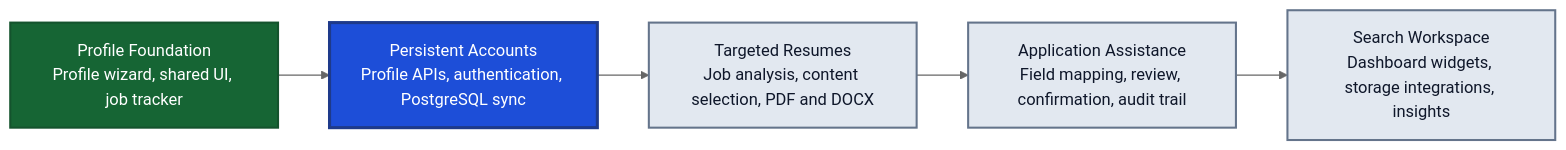
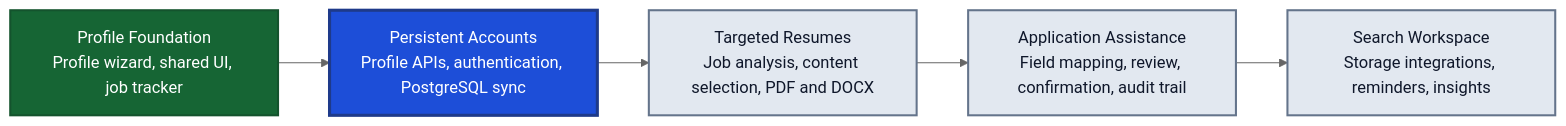
The diagram in README.md (tuckthomas/ApplyFill), drawn with Mermaid (neutral theme) before and after one commit. The commit also changed other lines of this file and 70 other files, not shown here.

````diff
--- a/README.md
+++ b/README.md
@@ -35,18 +35,18 @@
 ```mermaid
 flowchart LR
     foundation["Profile Foundation<br/>Profile wizard, shared UI, job tracker"]
     persistence["Persistent Accounts<br/>Profile APIs, authentication, PostgreSQL sync"]
     resumes["Targeted Resumes<br/>Job analysis, content selection, PDF and DOCX"]
     applications["Application Assistance<br/>Field mapping, review, confirmation, audit trail"]
-    ecosystem["Search Workspace<br/>Dashboard widgets, storage integrations, insights"]
+    ecosystem["Search Workspace<br/>Storage integrations, reminders, insights"]
 
     foundation --> persistence --> resumes --> applications --> ecosystem
 
     classDef complete fill:#166534,stroke:#14532d,color:#ffffff,stroke-width:2px
     classDef next fill:#1d4ed8,stroke:#1e3a8a,color:#ffffff,stroke-width:3px
     classDef planned fill:#e2e8f0,stroke:#64748b,color:#0f172a,stroke-width:2px
 
     class foundation complete
     class persistence next
     class resumes,applications,ecosystem planned
 ```
````
